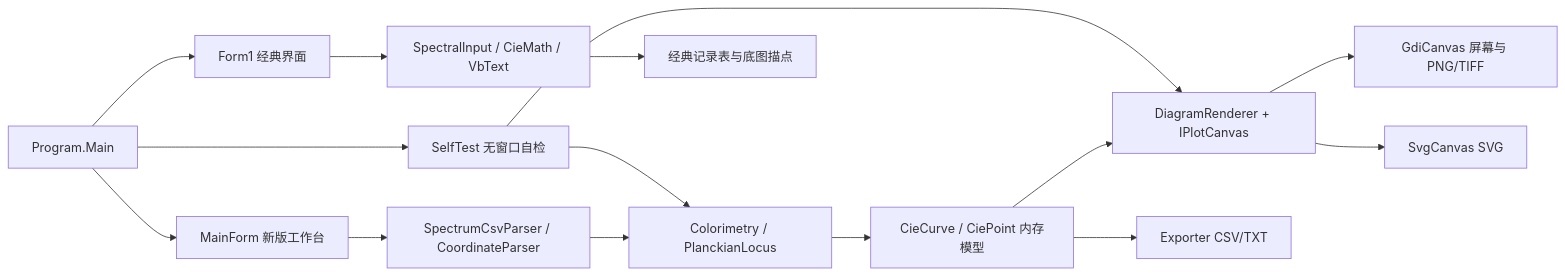
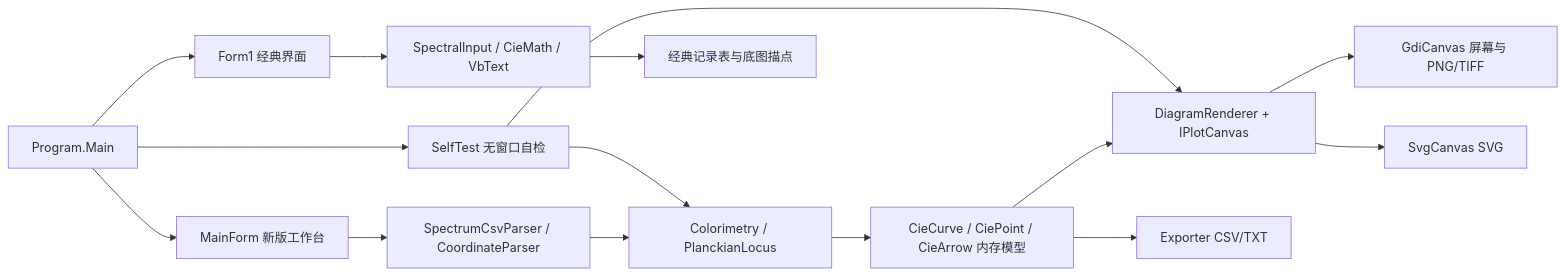
The diagram in doc/PROJECT_GUIDE.md (lhbacxc/CIE1931xy-V1), drawn with Mermaid before and after one commit. The commit also changed other lines of this file and 21 other files, not shown here.

Commit message:
新增点列旁的直线与弯曲箭头，支持整体拖动、样式编辑和图片导出

````diff
--- a/doc/PROJECT_GUIDE.md
+++ b/doc/PROJECT_GUIDE.md
@@ -20,17 +20,17 @@
 ```mermaid
 flowchart LR
     P[Program.Main] --> M[MainForm 新版工作台]
     P --> F[Form1 经典界面]
     P --> T[SelfTest 无窗口自检]
     M --> I[SpectrumCsvParser / CoordinateParser]
     I --> C[Colorimetry / PlanckianLocus]
-    C --> D[CieCurve / CiePoint 内存模型]
+    C --> D[CieCurve / CiePoint / CieArrow 内存模型]
     D --> R[DiagramRenderer + IPlotCanvas]
     R --> G[GdiCanvas 屏幕与 PNG/TIFF]
     R --> S[SvgCanvas SVG]
     D --> E[Exporter CSV/TXT]
     F --> L[SpectralInput / CieMath / VbText]
     L --> B[经典记录表与底图描点]
     T --> C
     T --> R
 ```
````
